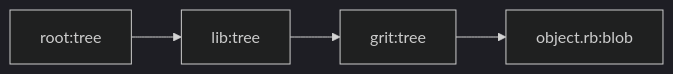
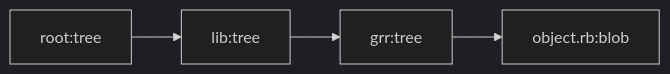
The diagram in README.md (j-dunham/GRr), drawn with Mermaid (dark theme) before and after one commit. The commit also changed other lines of this file and 8 other files, not shown here.

````diff
--- a/README.md
+++ b/README.md
@@ -29,6 +26,6 @@
 ```mermaid
    graph LR;
    root:tree-->lib:tree;
-   lib:tree-->grit:tree;
-   grit:tree-->object.rb:blob;
+   lib:tree-->grr:tree;
+   grr:tree-->object.rb:blob;
 ```     
````
